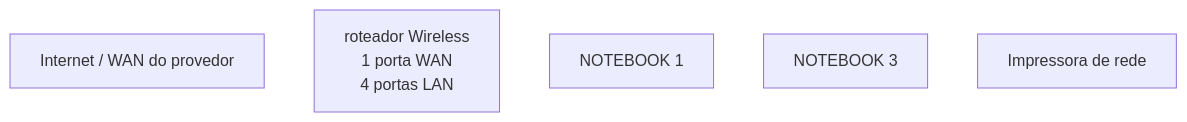
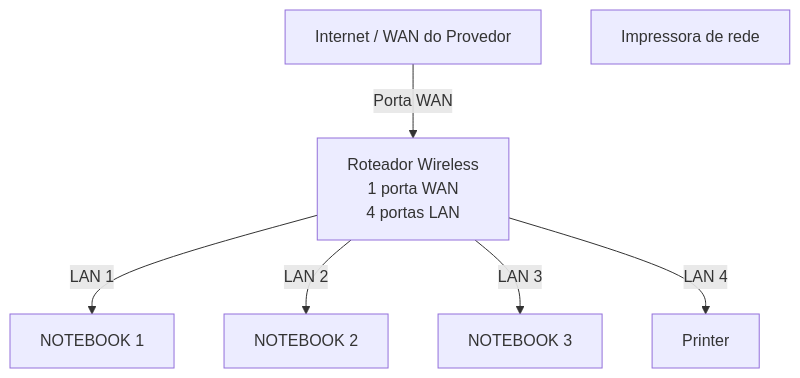
One commit to enzombecker/lab-redes01 changed the diagram in README.md. Above: the diagram before and after it, drawn with Mermaid. The commit also changed other lines of this file, not shown here.

````diff
--- a/README.md
+++ b/README.md
@@ -36,14 +36,19 @@
 ```mermaid
 graph TD
 
- WAN[Internet / WAN do provedor]
+ WAN[Internet / WAN do Provedor]
  
-router[roteador Wireless<br>1 porta WAN<br>4 portas LAN]
+Router[Roteador Wireless<br>1 porta WAN<br>4 portas LAN]
 PC1[NOTEBOOK 1]
 PC2[NOTEBOOK 2]
-PC2[NOTEBOOK 3]
+PC3[NOTEBOOK 3]
 
-Printer[ Impressora de rede]
+printer[ Impressora de rede]
 
+WAN -->|Porta WAN|Router
 
+Router --> |LAN 1|PC1
+Router --> |LAN 2|PC2
+Router --> |LAN 3|PC3
+Router --> |LAN 4|Printer
 ```
````
